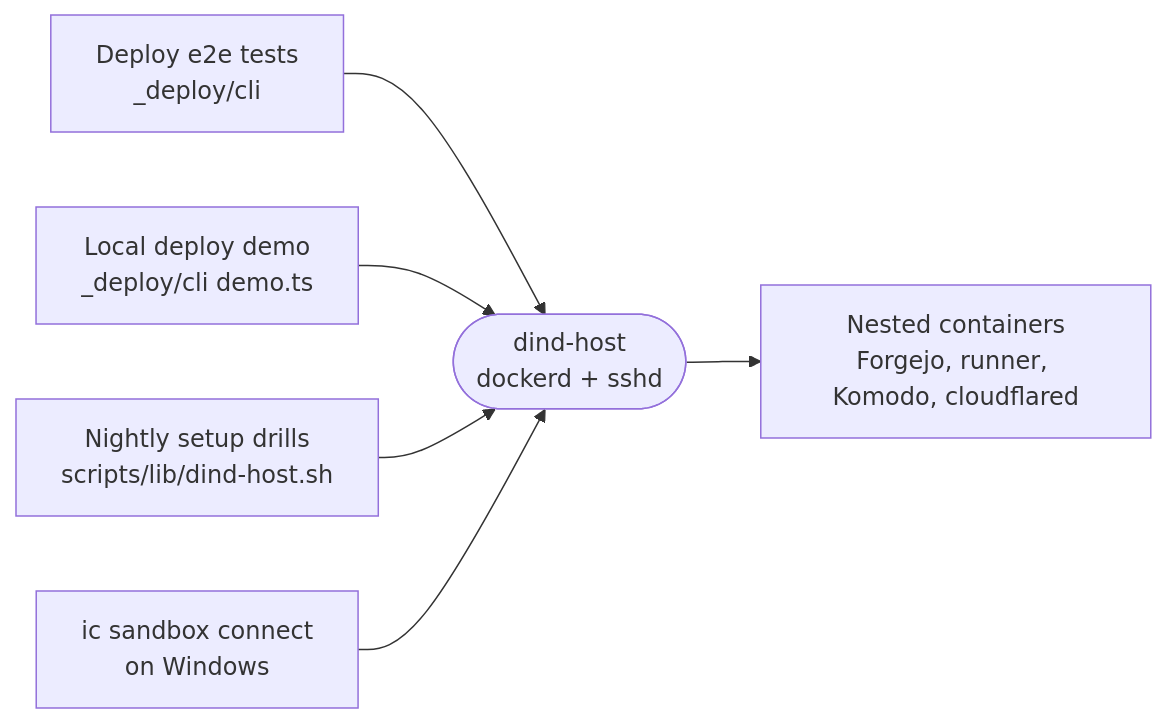
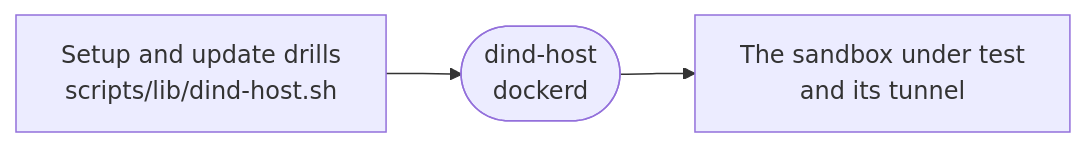
One commit to intentic/intentic changed the diagram in _tools/dind-host/README.md. Above: the diagram before and after it, drawn with Mermaid. The commit also changed other lines of this file and 671 other files, not shown here.

First line of the commit message:
refactor(deploy): remove intentic deploy infrastructure and migrate CLI to sandbox

````diff
--- a/_tools/dind-host/README.md
+++ b/_tools/dind-host/README.md
@@ -5,8 +5,5 @@
 ```mermaid
 flowchart LR
-    tests["Deploy e2e tests<br/>_deploy/cli"] --> host(["dind-host<br/>dockerd + sshd"])
-    demo["Local deploy demo<br/>_deploy/cli demo.ts"] --> host
-    drills["Nightly setup drills<br/>scripts/lib/dind-host.sh"] --> host
-    ic["ic sandbox connect<br/>on Windows"] --> host
-    host --> nested["Nested containers<br/>Forgejo, runner, Komodo, cloudflared"]
+    drills["Setup and update drills<br/>scripts/lib/dind-host.sh"] --> host(["dind-host<br/>dockerd"])
+    host --> nested["The sandbox under test<br/>and its tunnel"]
 ```
````
